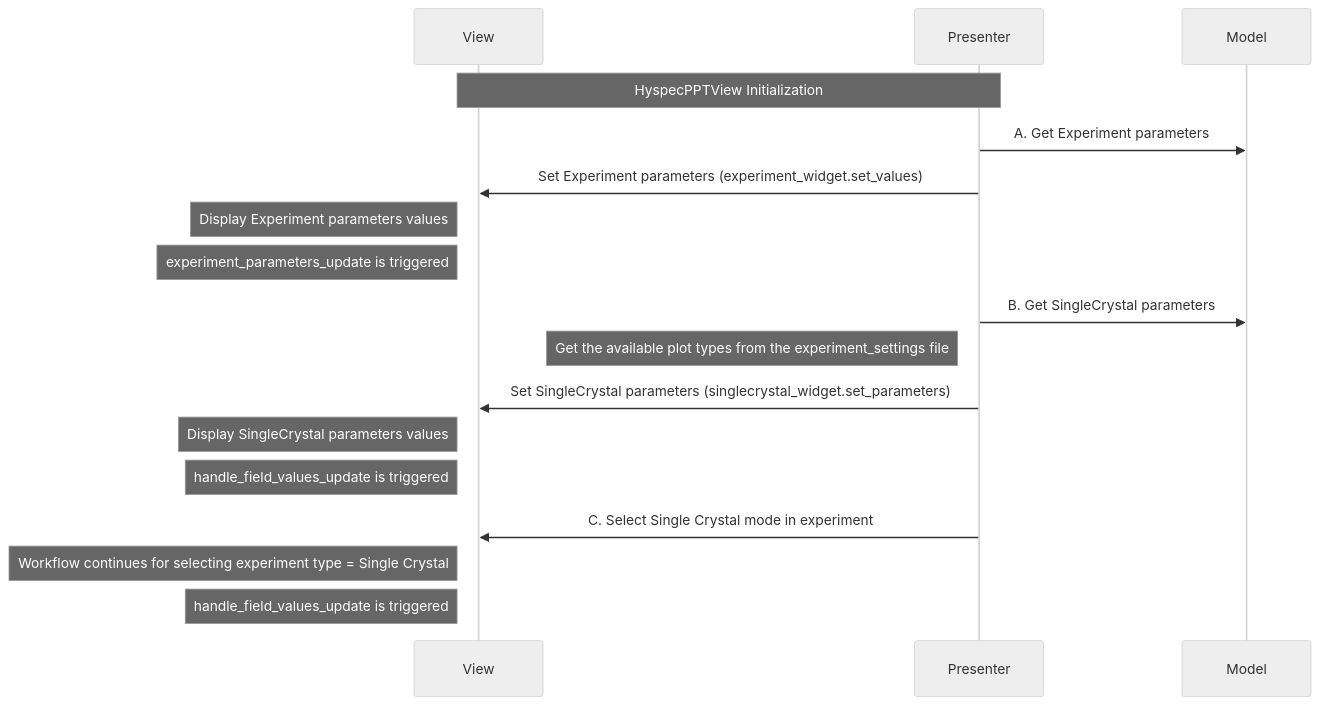
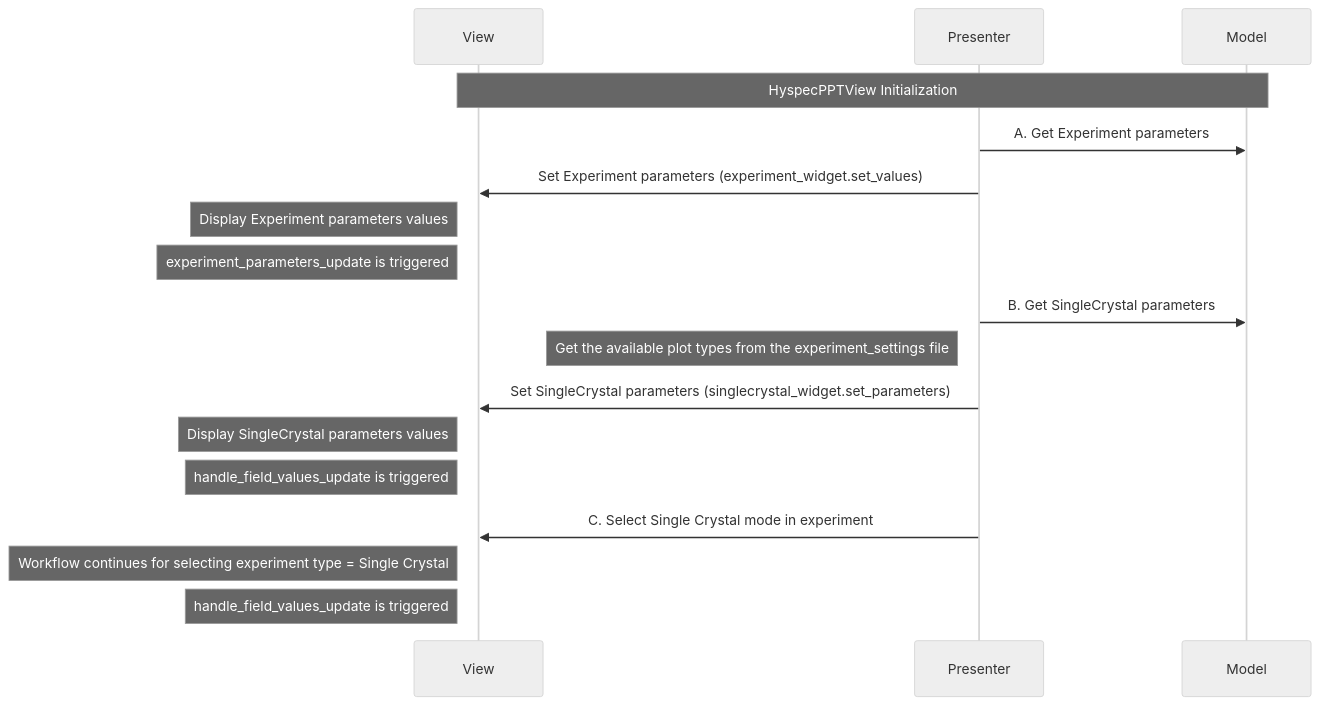
The fourth of 14 diagrams in docs/source/design/hyspecpptclasses.rst (neutrons/hyspecppt), drawn with Mermaid (neutral theme) before and after one commit. The commit also changed other lines of this file, not shown here.

```diff
--- a/docs/source/design/hyspecpptclasses.rst
+++ b/docs/source/design/hyspecpptclasses.rst
@@ -198,21 +198,22 @@
     .. mermaid::
 
         sequenceDiagram
             participant View
             participant Presenter
+            participant Model
 
-            Note over View,Presenter:  HyspecPPTView Initialization
+            Note over View,Model:  HyspecPPTView Initialization
             Presenter->>Model: A. Get Experiment parameters
             Presenter->>View: Set Experiment parameters (experiment_widget.set_values)
             Note left of View: Display Experiment parameters values
             Note left of View: experiment_parameters_update is triggered
 
             Presenter->>Model: B. Get SingleCrystal parameters
             Note left of Presenter: Get the available plot types from the experiment_settings file
             Presenter->>View: Set SingleCrystal parameters (singlecrystal_widget.set_parameters)
             Note left of View: Display SingleCrystal parameters values
             Note left of View: handle_field_values_update is triggered
 
             Presenter->>View: C. Select Single Crystal mode in experiment
             Note left of View: Workflow continues for selecting experiment type = Single Crystal
             Note left of View: handle_field_values_update is triggered
```
